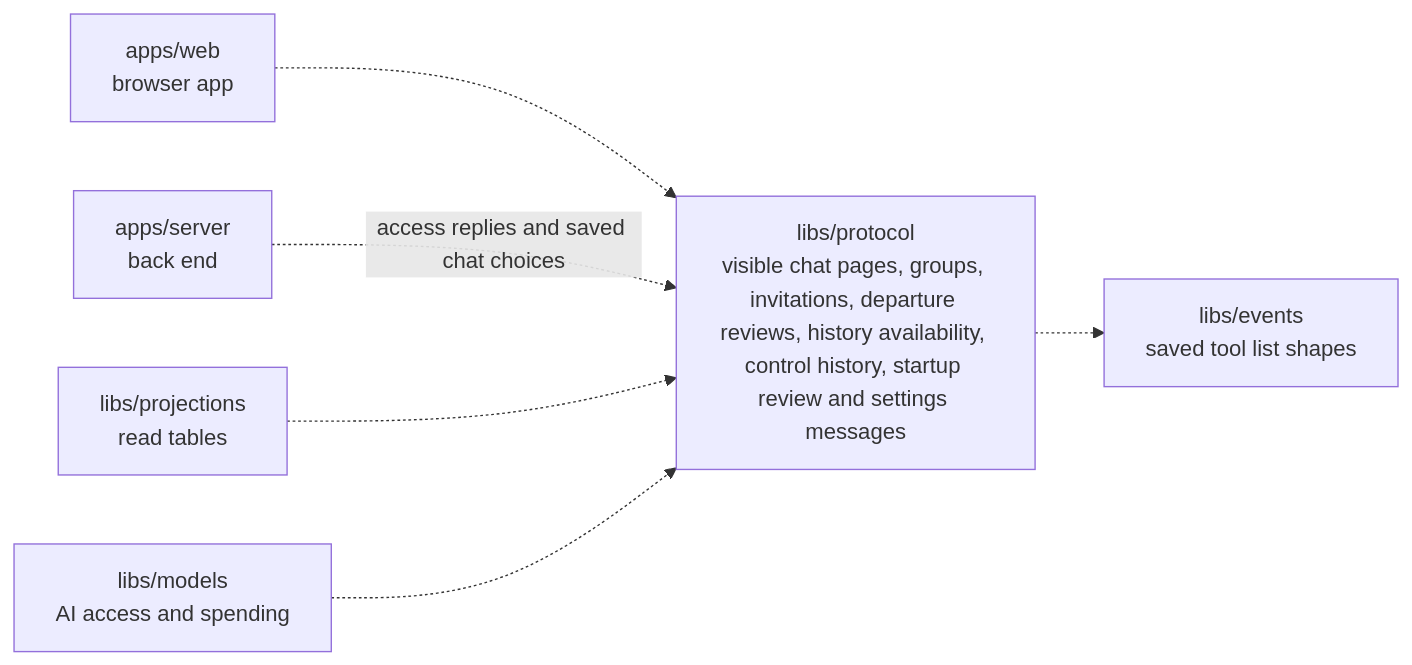
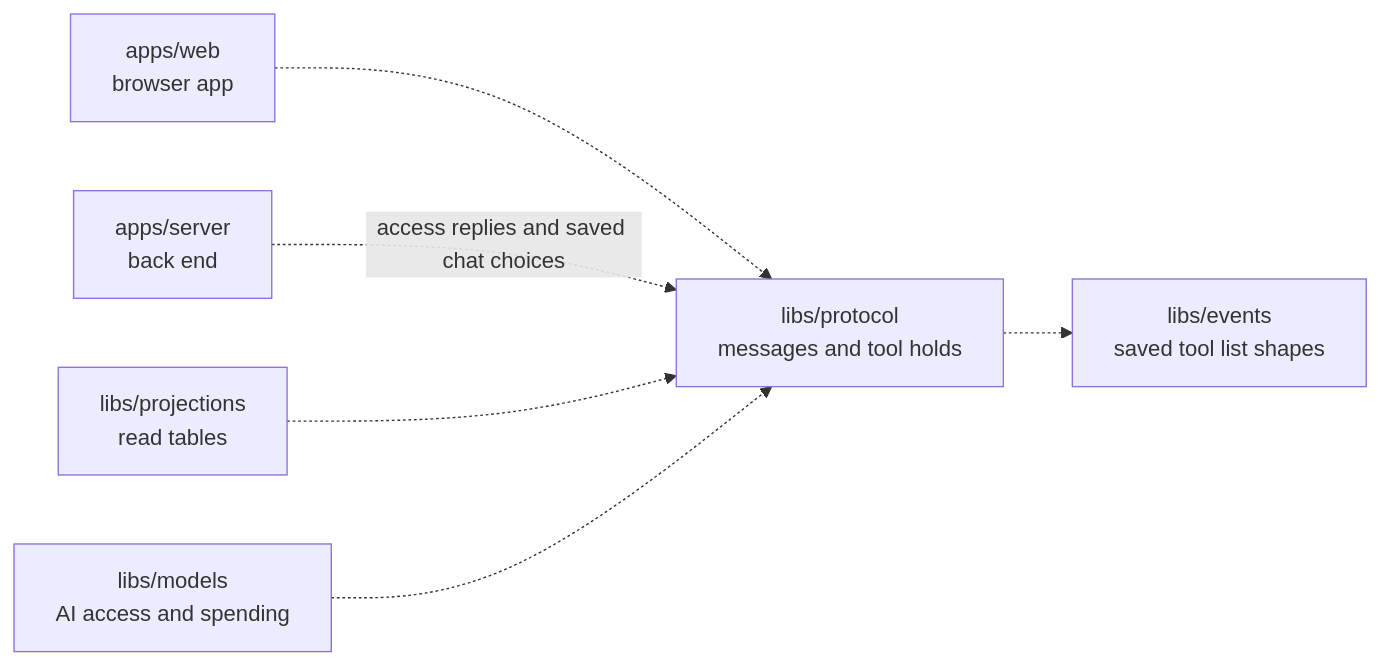
Before and after one commit to elewa-git/opencrane-new: the diagram in libs/protocol/README.md, drawn with Mermaid. The commit also changed other lines of this file and 16 other files, not shown here.

````diff
--- a/libs/protocol/README.md
+++ b/libs/protocol/README.md
@@ -11,8 +11,8 @@
 ```mermaid
 flowchart LR
-  web["apps/web<br/>browser app"] -.-> protocol["libs/protocol<br/>visible chat pages, groups, invitations, departure reviews, history availability, control history, startup review and settings messages"]
+  web["apps/web<br/>browser app"] -.-> protocol["libs/protocol<br/>messages and tool holds"]
   server["apps/server<br/>back end"] -.->|access replies and saved chat choices| protocol
   projections["libs/projections<br/>read tables"] -.-> protocol
   models["libs/models<br/>AI access and spending"] -.-> protocol
   protocol -.-> events["libs/events<br/>saved tool list shapes"]
 ```
````
